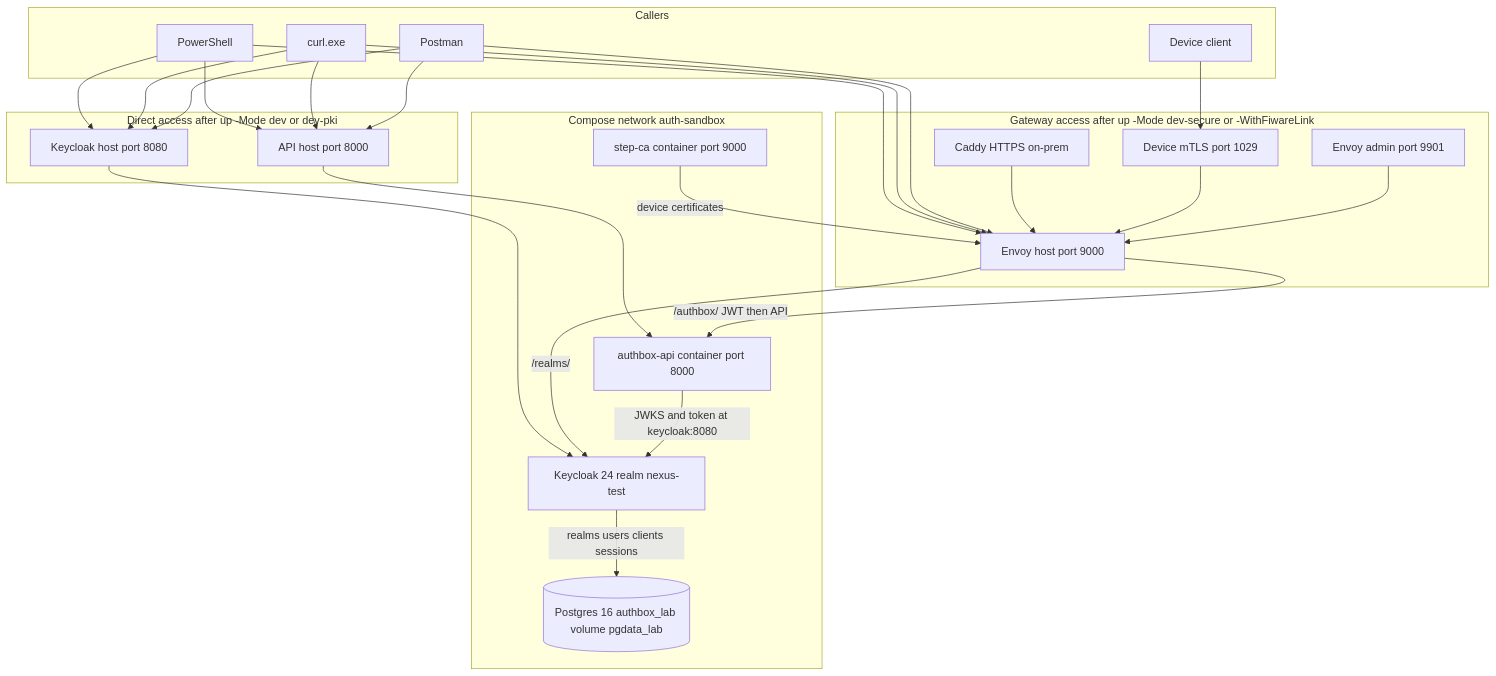
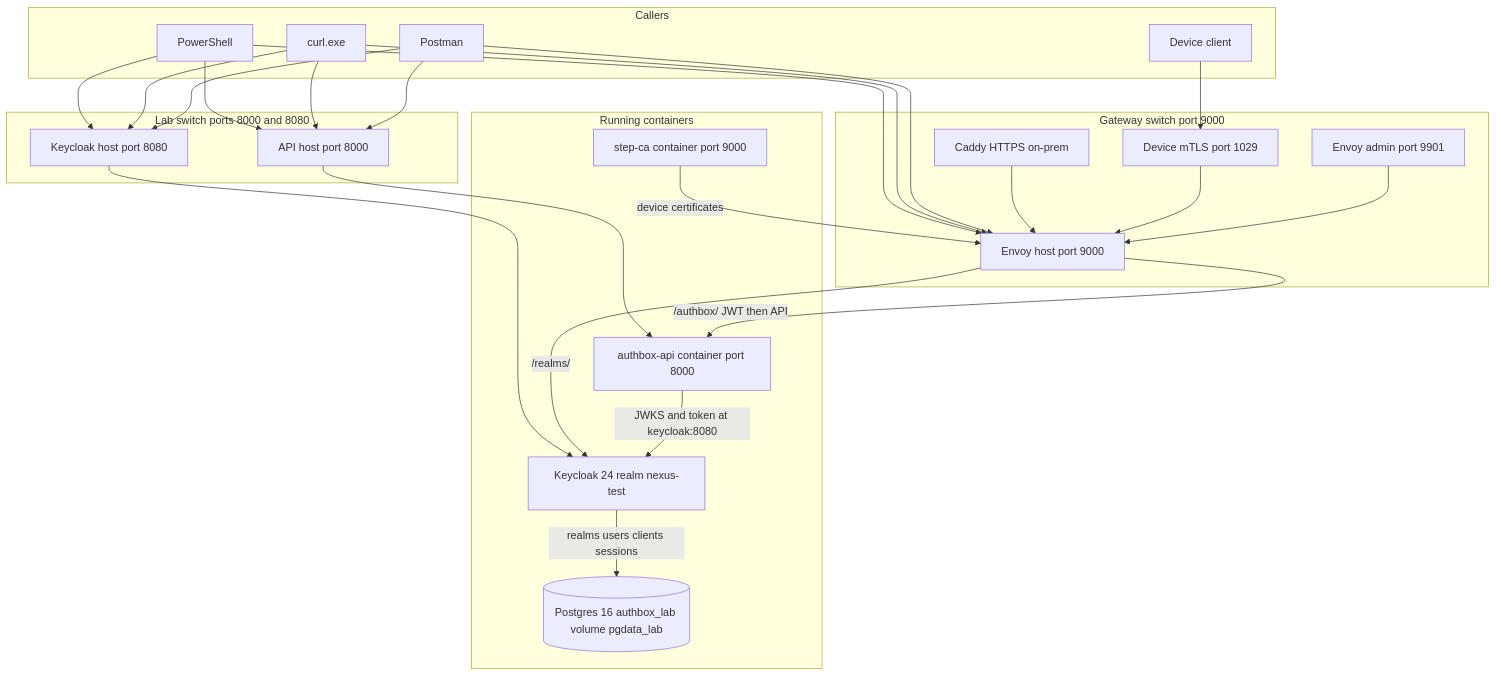
The diagram in gd-authbox/build-2610221736/release/TECHNICAL-REFERENCE.md (Grep-Digital/gd-releases), drawn with Mermaid before and after one commit. The commit also changed other lines of this file and 6 other files, not shown here.

````diff
--- a/gd-authbox/build-2610221736/release/TECHNICAL-REFERENCE.md
+++ b/gd-authbox/build-2610221736/release/TECHNICAL-REFERENCE.md
@@ -10,49 +10,49 @@
 ```mermaid
 flowchart TB
   subgraph callers [Callers]
     ps[PowerShell]
     curl[curl.exe]
     postman[Postman]
     device[Device client]
   end
 
-  subgraph direct [Direct access after up -Mode dev or dev-pki]
+  subgraph direct [Lab switch ports 8000 and 8080]
     apiHost["API host port 8000"]
     kcHost["Keycloak host port 8080"]
   end
 
-  subgraph edge [Gateway access after up -Mode dev-secure or -WithFiwareLink]
+  subgraph edge [Gateway switch port 9000]
     caddy[Caddy HTTPS on-prem]
     envoy["Envoy host port 9000"]
     admin["Envoy admin port 9901"]
     mtls["Device mTLS port 1029"]
   end
 
-  subgraph net [Compose network auth-sandbox]
+  subgraph net [Running containers]
     api["authbox-api container port 8000"]
     kc["Keycloak 24 realm nexus-test"]
     pg[("Postgres 16 authbox_lab volume pgdata_lab")]
     ca["step-ca container port 9000"]
   end
 
   ps --> apiHost
   ps --> kcHost
   curl --> apiHost
   curl --> kcHost
   postman --> apiHost
   postman --> kcHost
   ps --> envoy
   curl --> envoy
   postman --> envoy
   device --> mtls
   caddy --> envoy
   apiHost --> api
   kcHost --> kc
   envoy -->|"/authbox/ JWT then API"| api
   envoy -->|"/realms/"| kc
   mtls --> envoy
   admin --> envoy
   api -->|"JWKS and token at keycloak:8080"| kc
   kc -->|"realms users clients sessions"| pg
   ca -->|"device certificates"| envoy
 ```
````
